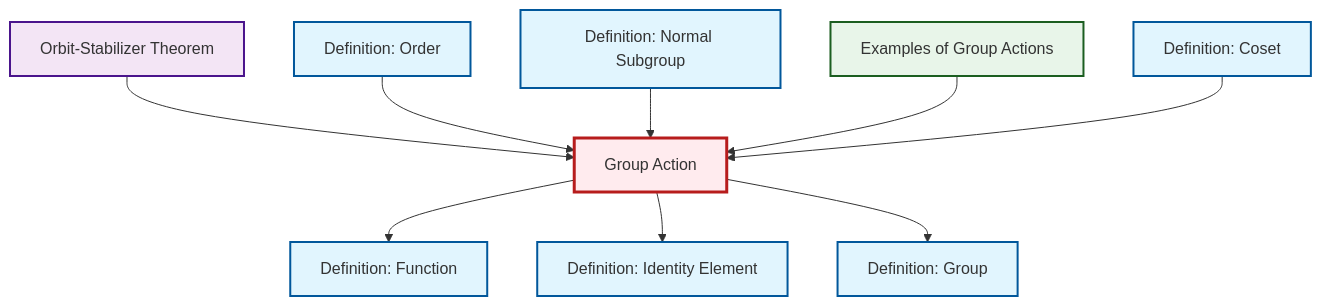
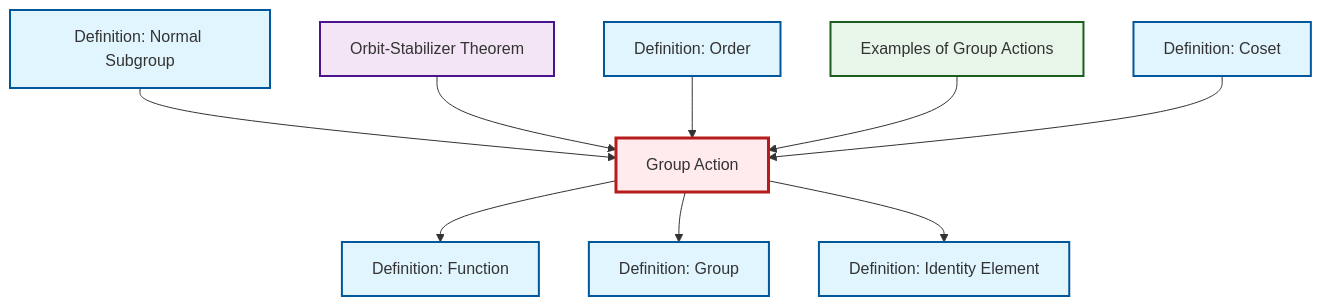
The diagram in content/en/algebra/def-group-action.qmd (RK0429/ModernMath), drawn with Mermaid before and after one commit. The commit also changed other lines of this file and 634 other files, not shown here.

````diff
--- a/content/en/algebra/def-group-action.qmd
+++ b/content/en/algebra/def-group-action.qmd
@@ -61,35 +61,35 @@
 ```{mermaid}
 %%| fig-cap: "Local dependency graph"
 graph TD
     classDef definition fill:#e1f5fe,stroke:#01579b,stroke-width:2px
     classDef theorem fill:#f3e5f5,stroke:#4a148c,stroke-width:2px
     classDef axiom fill:#fff3e0,stroke:#e65100,stroke-width:2px
     classDef example fill:#e8f5e9,stroke:#1b5e20,stroke-width:2px
     classDef current fill:#ffebee,stroke:#b71c1c,stroke-width:3px
+    def-group["Definition: Group"]:::definition
+    thm-orbit-stabilizer["Orbit-Stabilizer Theorem"]:::theorem
     def-normal-subgroup["Definition: Normal Subgroup"]:::definition
-    def-group["Definition: Group"]:::definition
-    def-coset["Definition: Coset"]:::definition
-    def-group-action["Group Action"]:::definition
-    thm-orbit-stabilizer["Orbit-Stabilizer Theorem"]:::theorem
     def-order["Definition: Order"]:::definition
     def-function["Definition: Function"]:::definition
+    def-group-action["Group Action"]:::definition
     ex-group-action-examples["Examples of Group Actions"]:::example
     def-identity-element["Definition: Identity Element"]:::definition
+    def-coset["Definition: Coset"]:::definition
     def-group-action --> def-function
+    def-normal-subgroup --> def-group-action
     thm-orbit-stabilizer --> def-group-action
+    def-group-action --> def-group
+    def-order --> def-group-action
     def-group-action --> def-identity-element
-    def-order --> def-group-action
-    def-group-action --> def-group
-    def-normal-subgroup --> def-group-action
     ex-group-action-examples --> def-group-action
     def-coset --> def-group-action
     class def-group-action current
+    click def-group "def-group.html" "Go to Group definition"
+    click thm-orbit-stabilizer "thm-orbit-stabilizer.html" "Go to Orbit-Stabilizer Theorem"
     click def-normal-subgroup "def-normal-subgroup.html" "Go to Normal Subgroup definition"
-    click def-group "def-group.html" "Go to Group definition"
-    click def-coset "def-coset.html" "Go to Coset definition"
-    click thm-orbit-stabilizer "thm-orbit-stabilizer.html" "Go to Orbit-Stabilizer Theorem"
     click def-order "def-order.html" "Go to Order definition"
     click def-function "def-function.html" "Go to Function definition"
     click ex-group-action-examples "ex-group-action-examples.html" "Go to Examples of Group Actions"
     click def-identity-element "def-identity-element.html" "Go to Identity Element definition"
+    click def-coset "def-coset.html" "Go to Coset definition"
 ```
````
